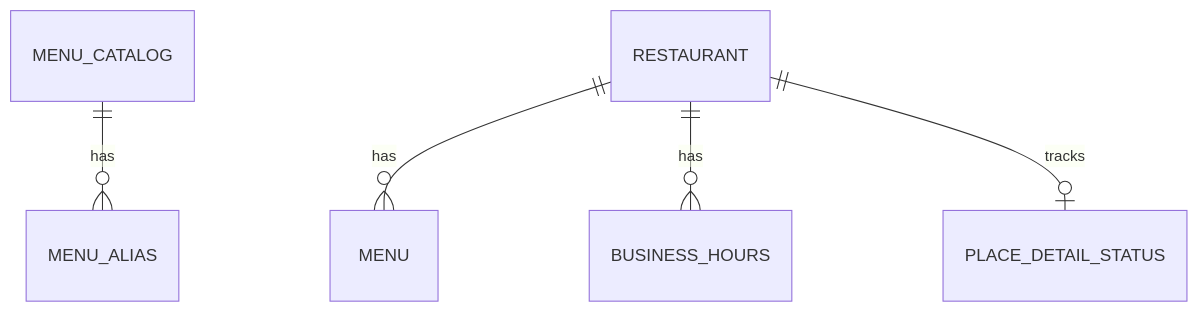
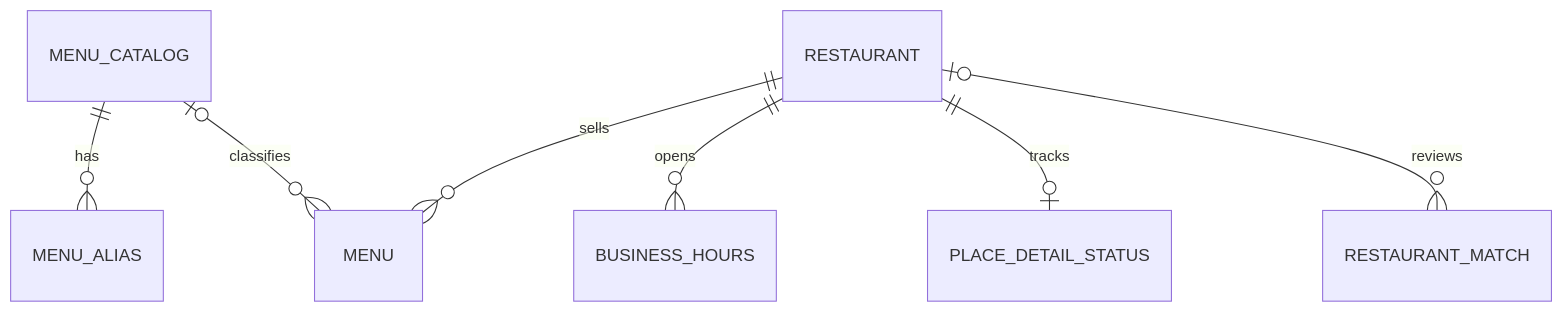
One commit to encore-ai-campus/aio-04-p1-team4 changed the second of 2 diagrams in README.md. Above: the diagram before and after it, drawn with Mermaid. The commit also changed other lines of this file and 132 other files, not shown here.

````diff
--- a/README.md
+++ b/README.md
@@ -298,7 +274,9 @@
 ```mermaid
 erDiagram
     MENU_CATALOG ||--o{ MENU_ALIAS : has
-    RESTAURANT ||--o{ MENU : has
-    RESTAURANT ||--o{ BUSINESS_HOURS : has
+    MENU_CATALOG o|--o{ MENU : classifies
+    RESTAURANT ||--o{ MENU : sells
+    RESTAURANT ||--o{ BUSINESS_HOURS : opens
     RESTAURANT ||--o| PLACE_DETAIL_STATUS : tracks
+    RESTAURANT o|--o{ RESTAURANT_MATCH : reviews
 ```
````
